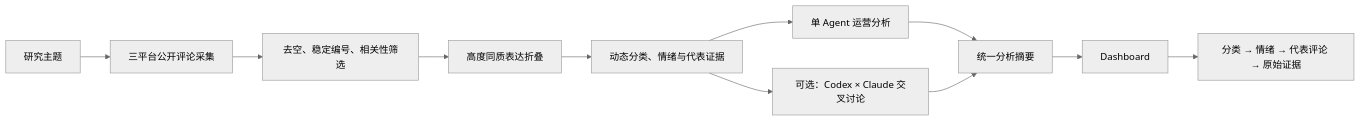
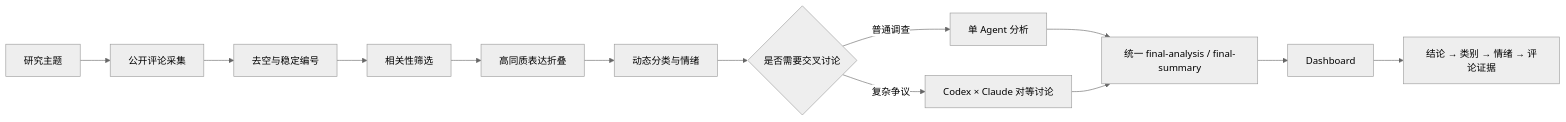
The diagram in README.md (x736260980-ui/game-ops-insight-lab), drawn with Mermaid (neutral theme) before and after one commit. The commit also changed other lines of this file and 15 other files, not shown here.

````diff
--- a/README.md
+++ b/README.md
@@ -13,13 +29,15 @@
 ```mermaid
 flowchart LR
-    A[研究主题] --> B[三平台公开评论采集]
-    B --> C[去空、稳定编号、相关性筛选]
-    C --> D[高度同质表达折叠]
-    D --> E[动态分类、情绪与代表证据]
-    E --> F[单 Agent 运营分析]
-    E --> G[可选：Codex × Claude 交叉讨论]
-    F --> H[统一分析摘要]
-    G --> H
-    H --> I[Dashboard]
-    I --> J[分类 → 情绪 → 代表评论 → 原始证据]
+    A[研究主题] --> B[公开评论采集]
+    B --> C[去空与稳定编号]
+    C --> D[相关性筛选]
+    D --> E[高同质表达折叠]
+    E --> F[动态分类与情绪]
+    F --> G{是否需要交叉讨论}
+    G -->|普通调查| H[单 Agent 分析]
+    G -->|复杂争议| I[Codex × Claude 对等讨论]
+    H --> J[统一 final-analysis / final-summary]
+    I --> J
+    J --> K[Dashboard]
+    K --> L[结论 → 类别 → 情绪 → 评论证据]
 ```
````
